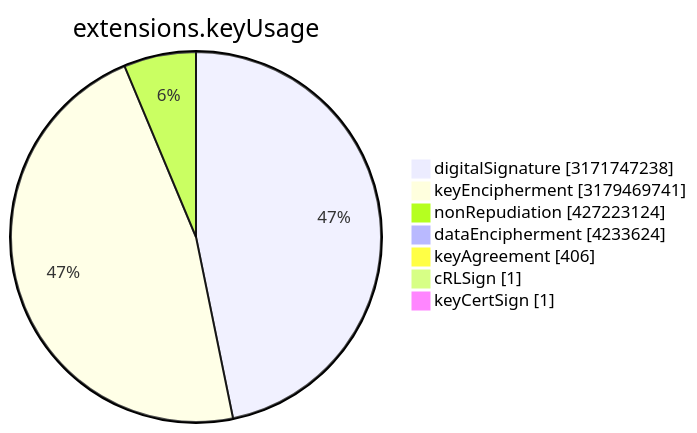
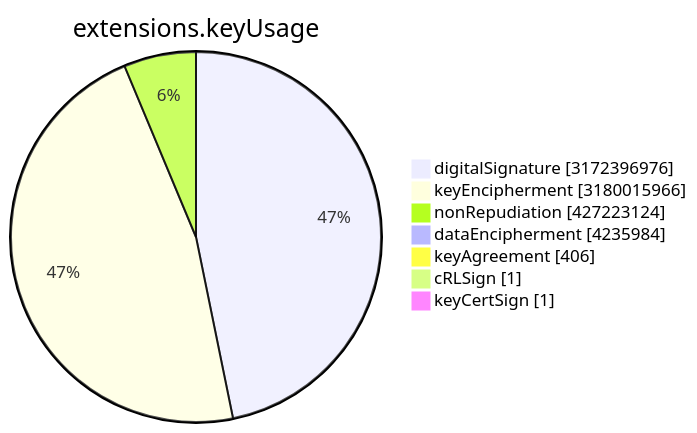
The sixth of 15 diagrams in TOTAL/README.md (christiankrug/ctmonitor_visualization), drawn with Mermaid before and after one commit. The commit also changed other lines of this file, not shown here.

````diff
--- a/TOTAL/README.md
+++ b/TOTAL/README.md
@@ -3077,11 +3077,11 @@
 ```mermaid
 pie showData
 title extensions.keyUsage
-"digitalSignature" :3171747238
-"keyEncipherment" :3179469741
+"digitalSignature" :3172396976
+"keyEncipherment" :3180015966
 "nonRepudiation" :427223124
-"dataEncipherment" :4233624
+"dataEncipherment" :4235984
 "keyAgreement" :406
 "cRLSign" :1
 "keyCertSign" :1
 ```
````
